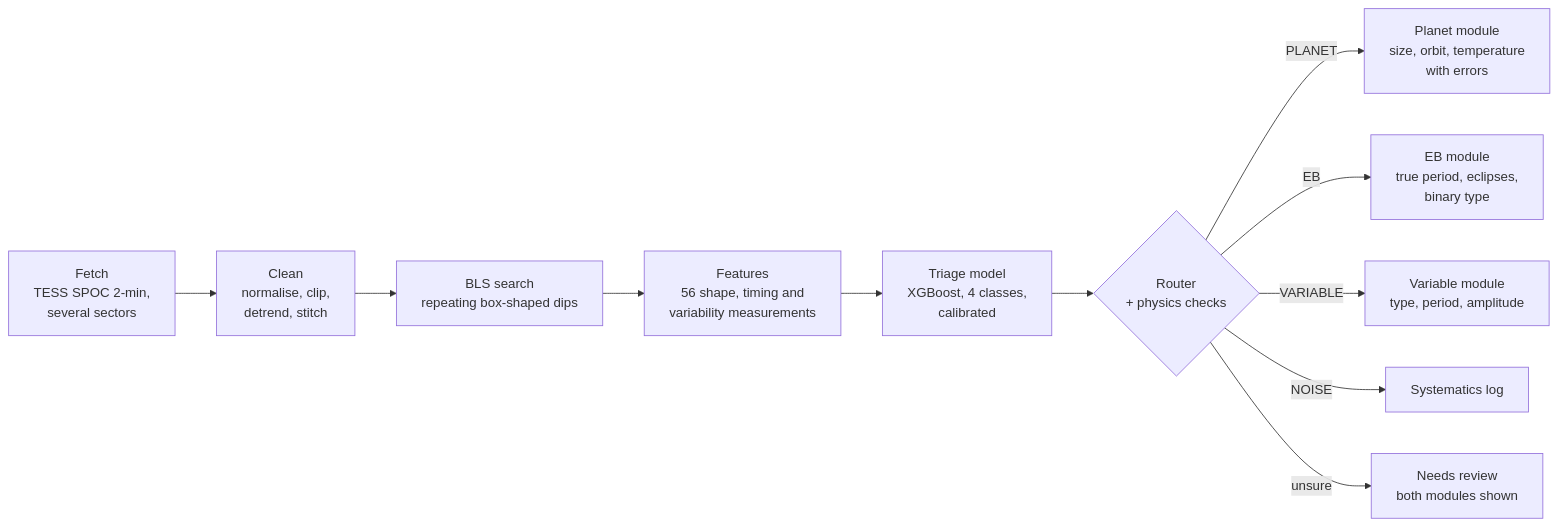
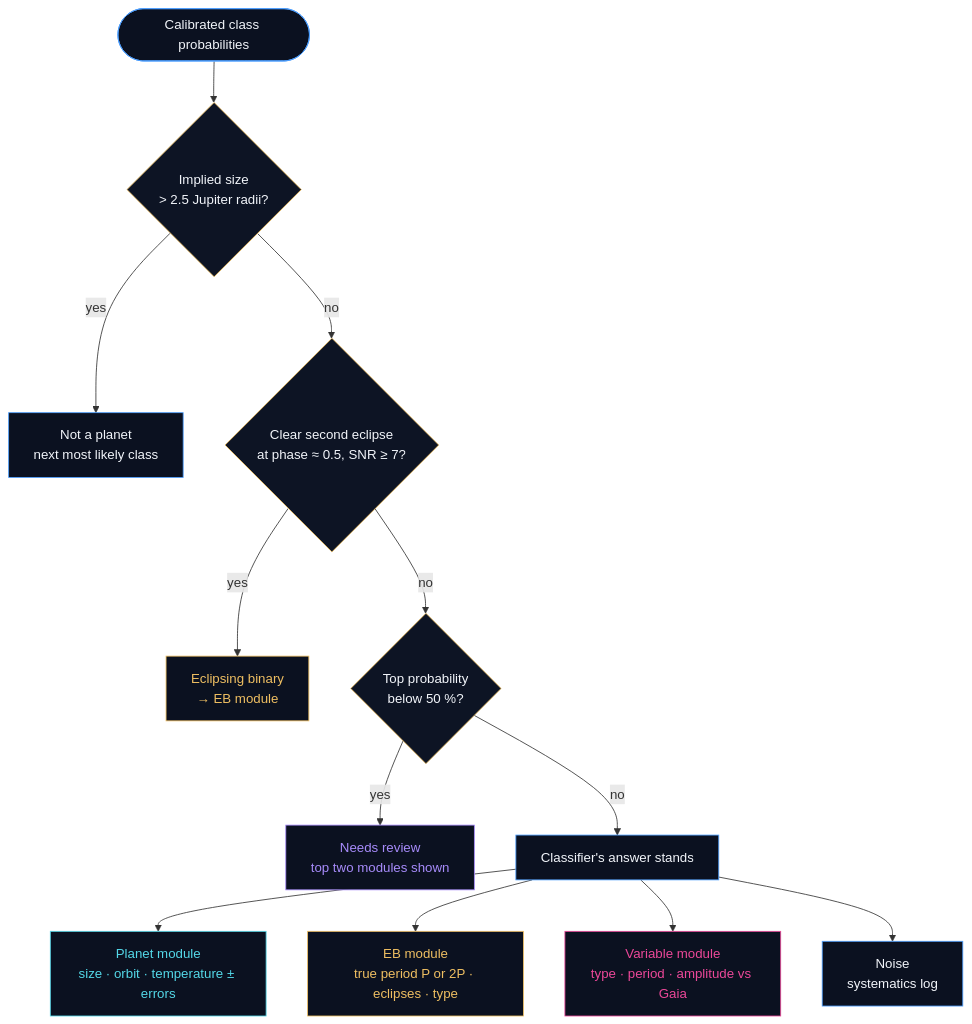
One commit to AIML-Miniproj/AIML_Exoplanet changed the diagram in README.md. Above: the diagram before and after it, drawn with Mermaid. The commit also changed other lines of this file, not shown here.

````diff
--- a/README.md
+++ b/README.md
@@ -25,13 +164,27 @@
 ```mermaid
-flowchart LR
-    A[Fetch<br/>TESS SPOC 2-min,<br/>several sectors] --> B[Clean<br/>normalise, clip,<br/>detrend, stitch]
-    B --> C[BLS search<br/>repeating box-shaped dips]
-    C --> D[Features<br/>56 shape, timing and<br/>variability measurements]
-    D --> E[Triage model<br/>XGBoost, 4 classes,<br/>calibrated]
-    E --> F{Router<br/>+ physics checks}
-    F -->|PLANET| G[Planet module<br/>size, orbit, temperature<br/>with errors]
-    F -->|EB| H[EB module<br/>true period, eclipses,<br/>binary type]
-    F -->|VARIABLE| I[Variable module<br/>type, period, amplitude]
-    F -->|NOISE| J[Systematics log]
-    F -->|unsure| K[Needs review<br/>both modules shown]
+flowchart TD
+    A([Calibrated class probabilities]) --> B{Implied size<br/>&gt; 2.5 Jupiter radii?}
+    B -- yes --> NP[Not a planet<br/>next most likely class]
+    B -- no --> C{Clear second eclipse<br/>at phase ≈ 0.5, SNR ≥ 7?}
+    C -- yes --> EB[Eclipsing binary<br/>→ EB module]
+    C -- no --> D{Top probability<br/>below 50 %?}
+    D -- yes --> R[Needs review<br/>top two modules shown]
+    D -- no --> K[Classifier's answer stands]
+    K --> P[Planet module<br/>size · orbit · temperature ± errors]
+    K --> E2[EB module<br/>true period P or 2P · eclipses · type]
+    K --> V[Variable module<br/>type · period · amplitude vs Gaia]
+    K --> N[Noise<br/>systematics log]
+
+    classDef q fill:#0D1424,stroke:#EFBF62,color:#F2F5FA
+    classDef planet fill:#0B1120,stroke:#54D8E8,color:#54D8E8
+    classDef eb fill:#0B1120,stroke:#EFBF62,color:#EFBF62
+    classDef var fill:#0B1120,stroke:#EC4899,color:#EC4899
+    classDef rev fill:#0B1120,stroke:#A78BFA,color:#A78BFA
+    classDef base fill:#0B1120,stroke:#4D9FFF,color:#F2F5FA
+    class B,C,D q
+    class P planet
+    class EB,E2 eb
+    class V var
+    class R rev
+    class A,K,NP,N base
 ```
````
